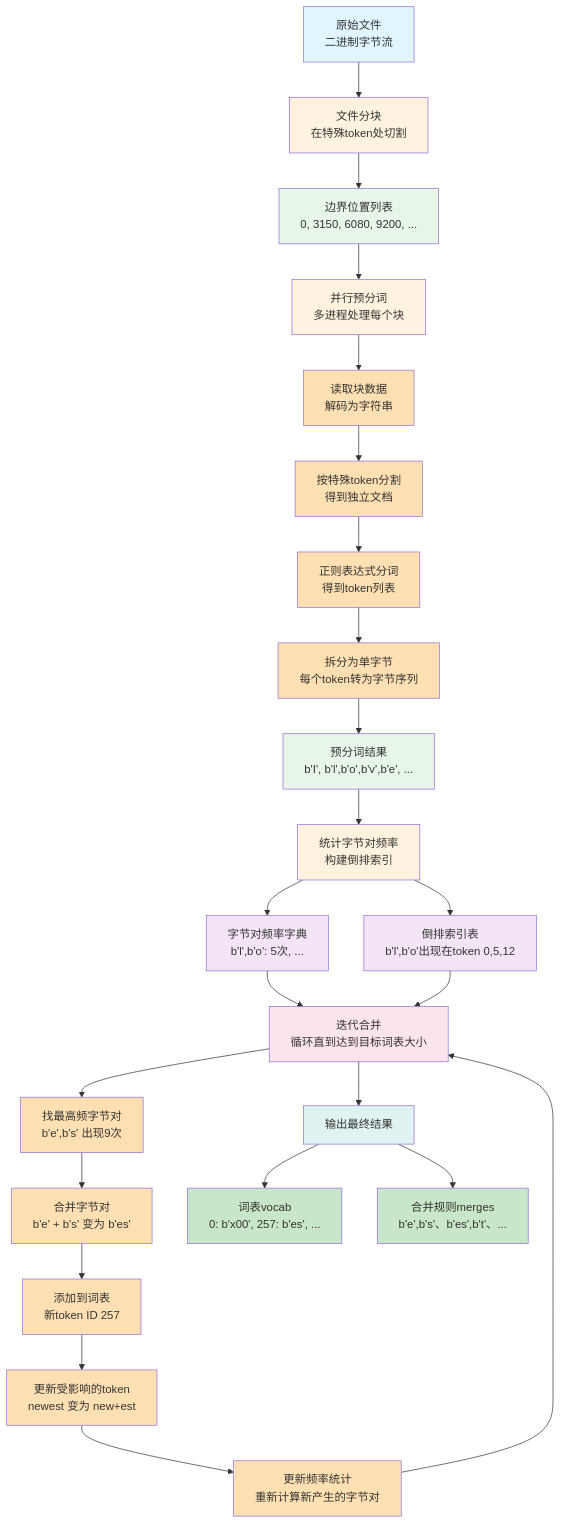
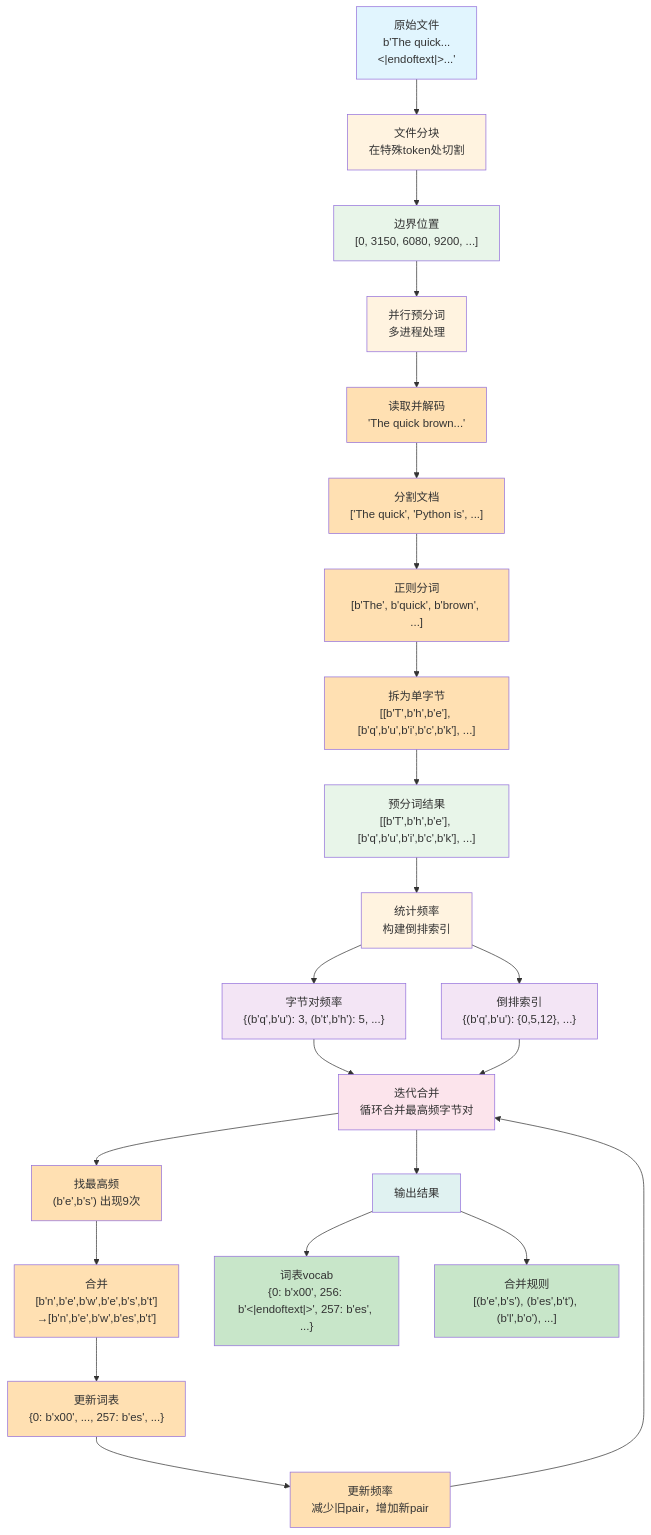
The diagram in Transformer/09a-斯坦福cs336作业一-BPE分词器.md (Zheng-Enci/Knoweledges), drawn with Mermaid before and after one commit.

Commit message:
docs: 优化数据流图-每个节点展示具体数据形态

````diff
--- a/Transformer/09a-斯坦福cs336作业一-BPE分词器.md
+++ b/Transformer/09a-斯坦福cs336作业一-BPE分词器.md
@@ -159,40 +159,39 @@
 ```mermaid
 graph TD
-    A["原始文件<br/>二进制字节流"]:::input --> B["文件分块<br/>在特殊token处切割"]:::process
-    B --> C["边界位置列表<br/>0, 3150, 6080, 9200, ..."]:::data
-    C --> D["并行预分词<br/>多进程处理每个块"]:::process
+    A["原始文件<br/>b'The quick...<br/><|endoftext|>...'"]:::input --> B["文件分块<br/>在特殊token处切割"]:::process
+    B --> C["边界位置<br/>[0, 3150, 6080, 9200, ...]"]:::data
+    C --> D["并行预分词<br/>多进程处理"]:::process
     
-    D --> D1["读取块数据<br/>解码为字符串"]:::subprocess
-    D1 --> D2["按特殊token分割<br/>得到独立文档"]:::subprocess
-    D2 --> D3["正则表达式分词<br/>得到token列表"]:::subprocess
-    D3 --> D4["拆分为单字节<br/>每个token转为字节序列"]:::subprocess
+    D --> D1["读取并解码<br/>'The quick brown...'"]:::subprocess
+    D1 --> D2["分割文档<br/>['The quick', 'Python is', ...]"]:::subprocess
+    D2 --> D3["正则分词<br/>[b'The', b'quick', b'brown', ...]"]:::subprocess
+    D3 --> D4["拆为单字节<br/>[[b'T',b'h',b'e'], [b'q',b'u',b'i',b'c',b'k'], ...]"]:::subprocess
     
-    D4 --> E["预分词结果<br/>b'I', b'l',b'o',b'v',b'e', ..."]:::data
-    E --> F["统计字节对频率<br/>构建倒排索引"]:::process
+    D4 --> E["预分词结果<br/>[[b'T',b'h',b'e'], [b'q',b'u',b'i',b'c',b'k'], ...]"]:::data
+    E --> F["统计频率<br/>构建倒排索引"]:::process
     
-    F --> F1["字节对频率字典<br/>b'l',b'o': 5次, ..."]:::datastruct
-    F --> F2["倒排索引表<br/>b'l',b'o'出现在token 0,5,12"]:::datastruct
+    F --> F1["字节对频率<br/>{(b'q',b'u'): 3, (b't',b'h'): 5, ...}"]:::datastruct
+    F --> F2["倒排索引<br/>{(b'q',b'u'): {0,5,12}, ...}"]:::datastruct
     
-    F1 --> G["迭代合并<br/>循环直到达到目标词表大小"]:::loop
+    F1 --> G["迭代合并<br/>循环合并最高频字节对"]:::loop
     F2 --> G
     
-    G --> G1["找最高频字节对<br/>b'e',b's' 出现9次"]:::subprocess
-    G1 --> G2["合并字节对<br/>b'e' + b's' 变为 b'es'"]:::subprocess
-    G2 --> G3["添加到词表<br/>新token ID 257"]:::subprocess
-    G3 --> G4["更新受影响的token<br/>newest 变为 new+est"]:::subprocess
-    G4 --> G5["更新频率统计<br/>重新计算新产生的字节对"]:::subprocess
-    G5 --> G
+    G --> G1["找最高频<br/>(b'e',b's') 出现9次"]:::subprocess
+    G1 --> G2["合并<br/>[b'n',b'e',b'w',b'e',b's',b't']<br/>→[b'n',b'e',b'w',b'es',b't']"]:::subprocess
+    G2 --> G3["更新词表<br/>{0: b'x00', ..., 257: b'es', ...}"]:::subprocess
+    G3 --> G4["更新频率<br/>减少旧pair，增加新pair"]:::subprocess
+    G4 --> G
     
-    G --> H["输出最终结果"]:::output
-    H --> H1["词表vocab<br/>0: b'x00', 257: b'es', ..."]:::result
-    H --> H2["合并规则merges<br/>b'e',b's'、b'es',b't'、..."]:::result
+    G --> H["输出结果"]:::output
+    H --> H1["词表vocab<br/>{0: b'x00', 256: b'<|endoftext|>', 257: b'es', ...}"]:::result
+    H --> H2["合并规则<br/>[(b'e',b's'), (b'es',b't'), (b'l',b'o'), ...]"]:::result
 
     classDef input fill:#e1f5fe
     classDef process fill:#fff3e0
     classDef subprocess fill:#ffe0b2
     classDef data fill:#e8f5e9
     classDef datastruct fill:#f3e5f5
     classDef loop fill:#fce4ec
     classDef output fill:#e0f2f1
     classDef result fill:#c8e6c9
 ```
````
